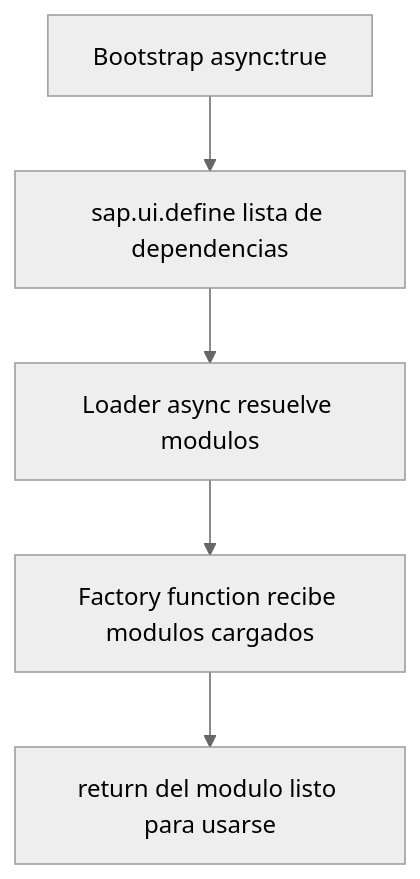
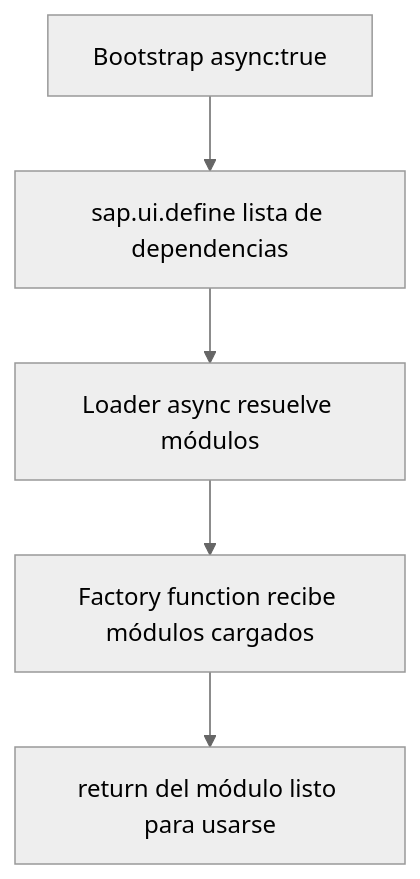
The diagram in es/ui5-carga-asincrona-define.mdx (logalitech/blog-content), drawn with Mermaid (neutral theme) before and after one commit. The commit also changed other lines of this file and 49 other files, not shown here.

````diff
--- a/es/ui5-carga-asincrona-define.mdx
+++ b/es/ui5-carga-asincrona-define.mdx
@@ -41,7 +41,7 @@
 ```mermaid
 flowchart TB
- D["sap.ui.define lista de dependencias"] --> L["Loader async resuelve modulos"]
- L --> F["Factory function recibe modulos cargados"]
- F --> R["return del modulo listo para usarse"]
+ D["sap.ui.define lista de dependencias"] --> L["Loader async resuelve módulos"]
+ L --> F["Factory function recibe módulos cargados"]
+ F --> R["return del módulo listo para usarse"]
  BS["Bootstrap async:true"] --> D
 ```
````
